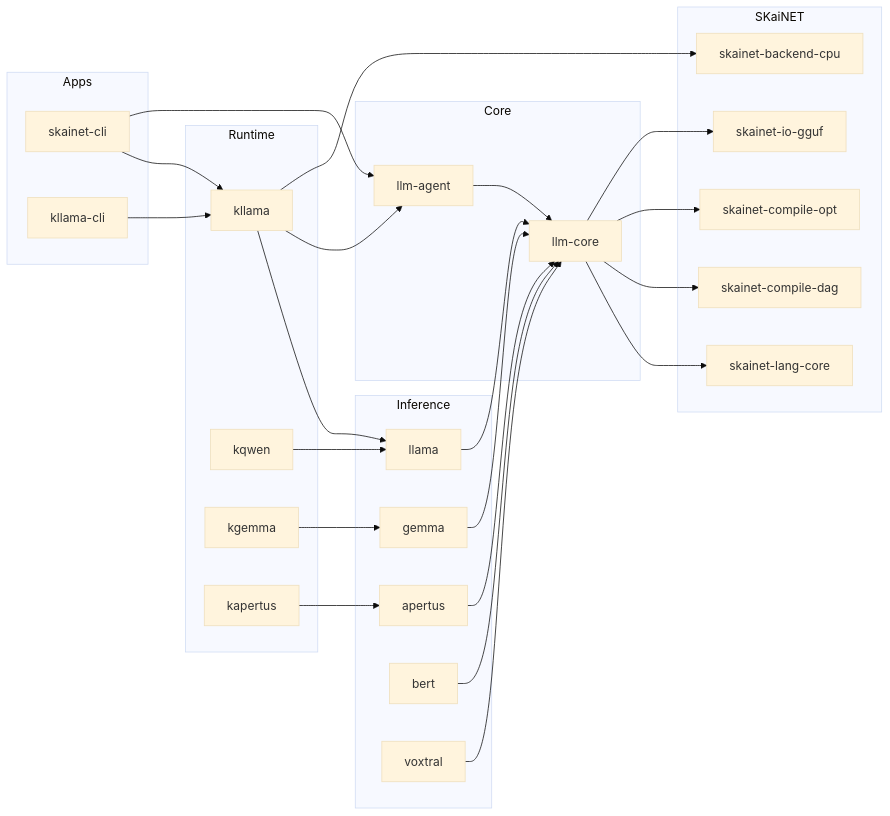
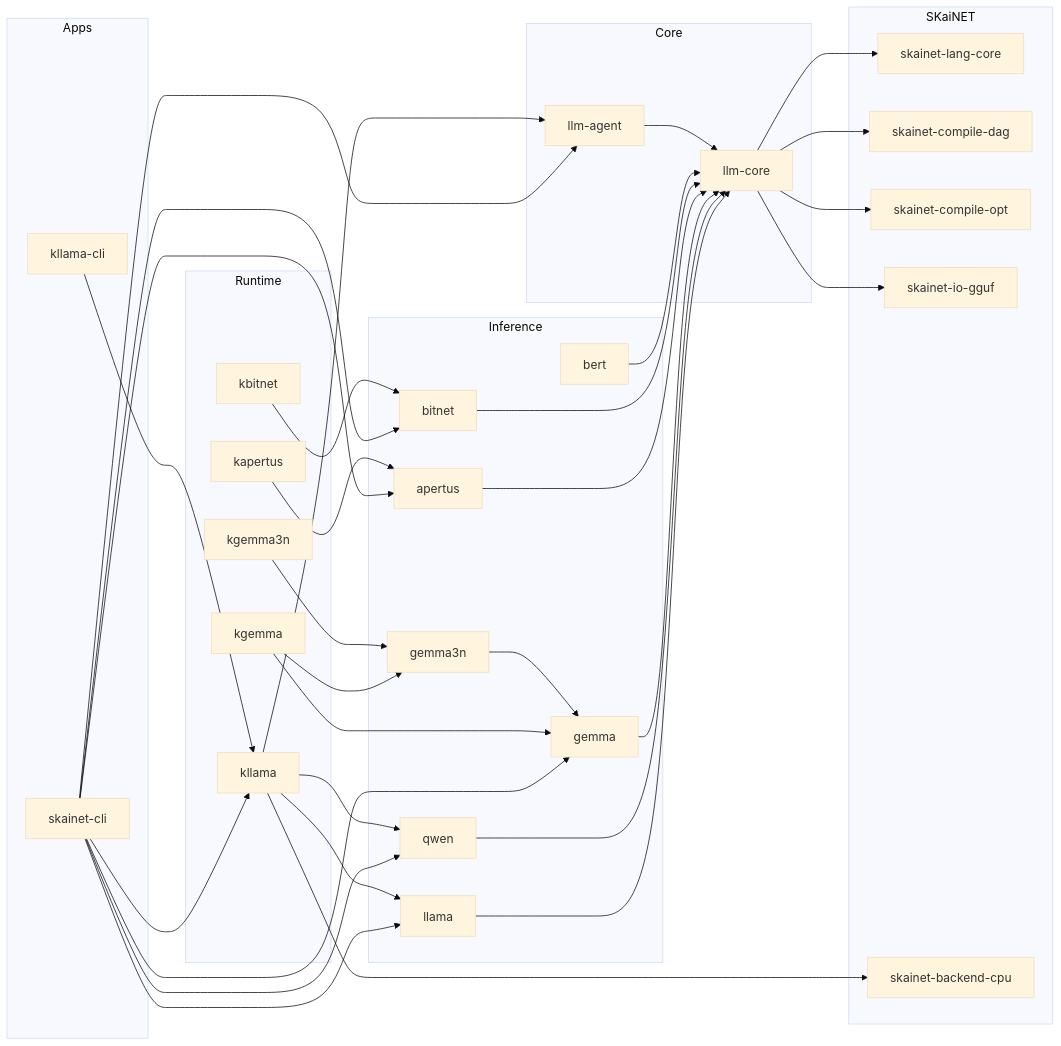
The diagram in docs/modules/ROOT/pages/reference/architecture.adoc (SKaiNET-developers/SKaiNET-transformers), drawn with Mermaid (base theme) before and after one commit. The commit also changed other lines of this file and 10 other files, not shown here.

```diff
--- a/docs/modules/ROOT/pages/reference/architecture.adoc
+++ b/docs/modules/ROOT/pages/reference/architecture.adoc
@@ -32,56 +61,69 @@
 [mermaid]
 ....
 graph LR
     subgraph Apps
         skainet-cli
         kllama-cli
     end
 
     subgraph Runtime
         kllama
-        kqwen
         kgemma
+        kgemma3n
         kapertus
+        kbitnet
     end
 
     subgraph Inference
         llama
+        qwen
         gemma
+        gemma3n
         apertus
+        bitnet
         bert
-        voxtral
     end
 
     subgraph Core
         llm-core
         llm-agent
     end
 
     subgraph SKaiNET
         skainet-lang-core
         skainet-compile-dag
         skainet-compile-opt
         skainet-io-gguf
         skainet-backend-cpu
     end
 
     skainet-cli --> kllama
     skainet-cli --> llm-agent
+    skainet-cli --> llama
+    skainet-cli --> qwen
+    skainet-cli --> gemma
+    skainet-cli --> apertus
+    skainet-cli --> bitnet
     kllama-cli --> kllama
     kllama --> llama
+    kllama --> qwen
     kllama --> llm-agent
-    kqwen --> llama
     kgemma --> gemma
+    kgemma --> gemma3n
+    kgemma3n --> gemma3n
     kapertus --> apertus
+    kbitnet --> bitnet
     llama --> llm-core
+    qwen --> llm-core
     gemma --> llm-core
+    gemma3n --> gemma
     apertus --> llm-core
+    bitnet --> llm-core
     bert --> llm-core
-    voxtral --> llm-core
     llm-agent --> llm-core
     llm-core --> skainet-lang-core
     llm-core --> skainet-compile-dag
     llm-core --> skainet-compile-opt
     llm-core --> skainet-io-gguf
     kllama --> skainet-backend-cpu
 ....
```
